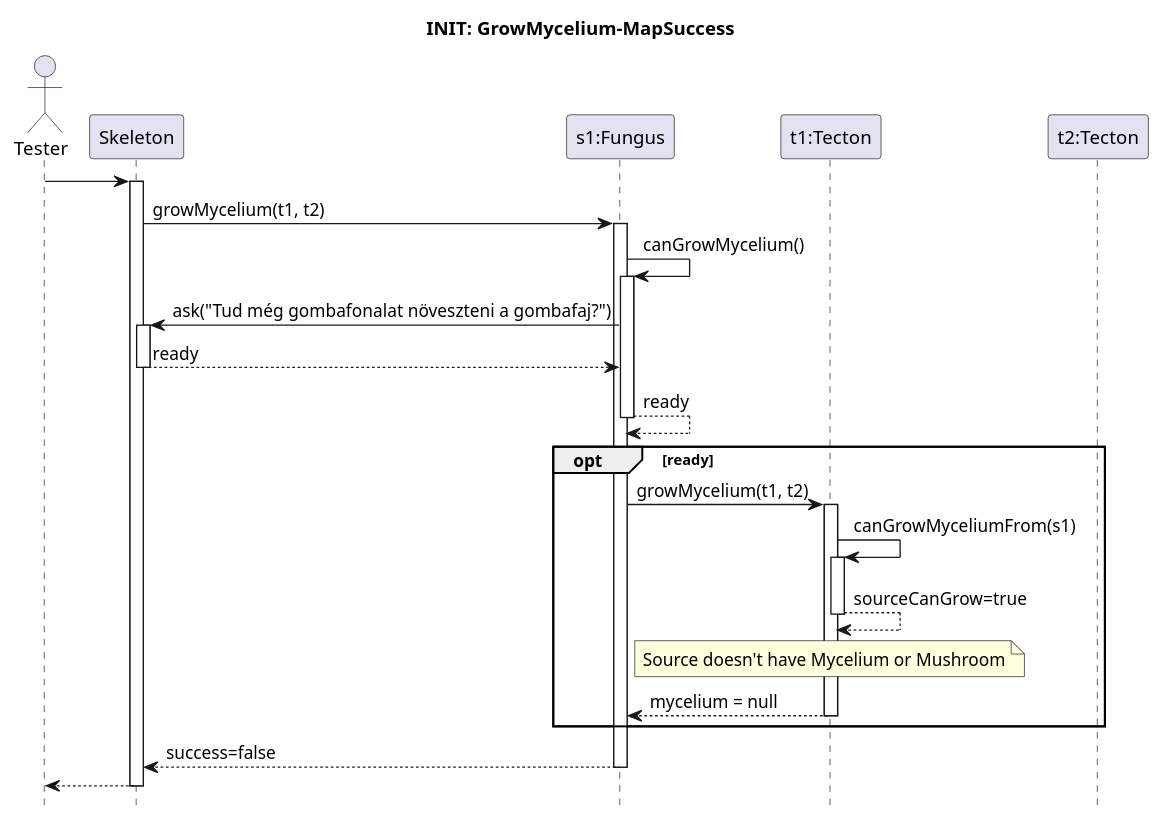
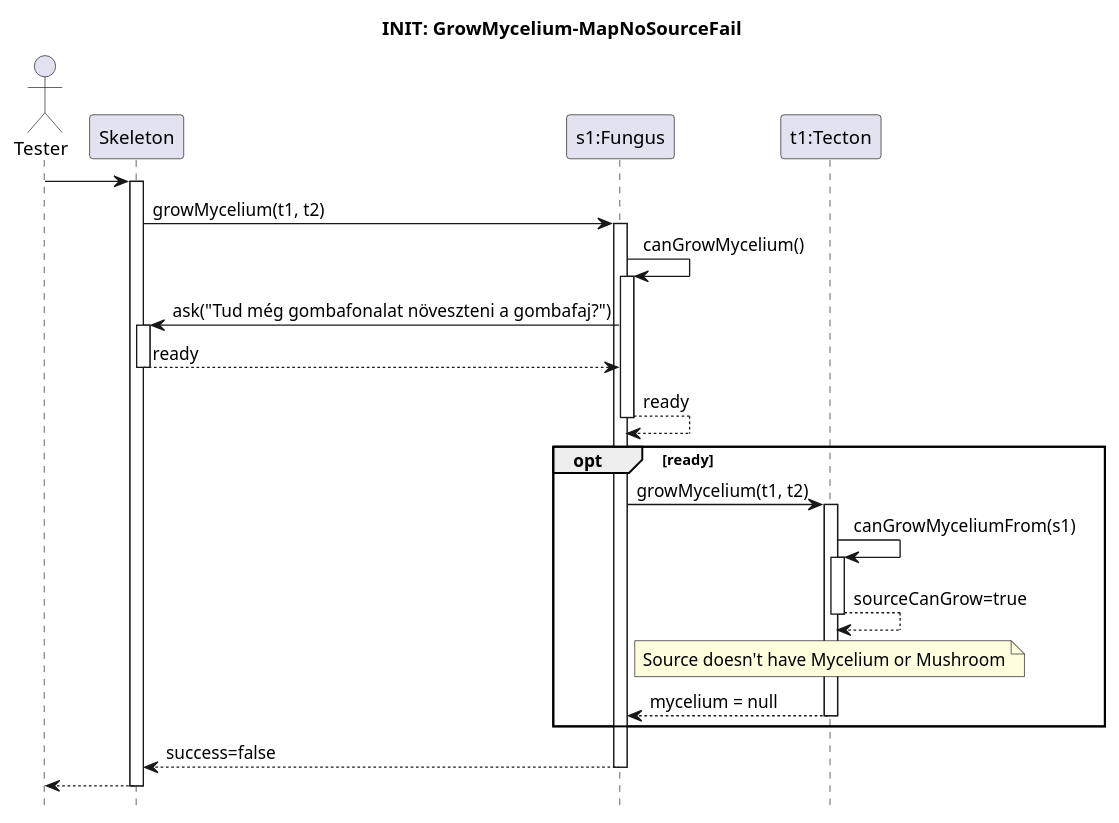
Before and after one commit to ZD4ve/projlab-error521: the diagram in Skeleton/Grow-mycelium/no-source-fail.pu, drawn with PlantUML. The commit also changed 4 other files, not shown here.

Commit message:
mycelium-grow updates

```diff
--- a/Skeleton/Grow-mycelium/no-source-fail.pu
+++ b/Skeleton/Grow-mycelium/no-source-fail.pu
@@ -1,41 +1,40 @@
 @startuml grow-mycelium-success
 hide footbox
 
-title INIT: GrowMycelium-MapSuccess
+title INIT: GrowMycelium-MapNoSourceFail
 
 actor Tester
 participant Skeleton
 participant "s1:Fungus" as species
 participant "t1:Tecton" as source
-participant "t2:Tecton" as target
 
 Tester -> Skeleton
 activate Skeleton
 
 Skeleton -> species : growMycelium(t1, t2)
 activate species
 
 species -> species : canGrowMycelium()
 activate species
 
 Skeleton <- species : ask("Tud még gombafonalat növeszteni a gombafaj?")
 activate Skeleton
 return ready
 
 return ready
 
 opt ready
 
     species -> source : growMycelium(t1, t2)
     activate source
         source -> source : canGrowMyceliumFrom(s1)
         activate source
         return sourceCanGrow=true
 
         note over source: Source doesn't have Mycelium or Mushroom
     return mycelium = null
 end
 return success=false
 
 return
 @enduml
```
